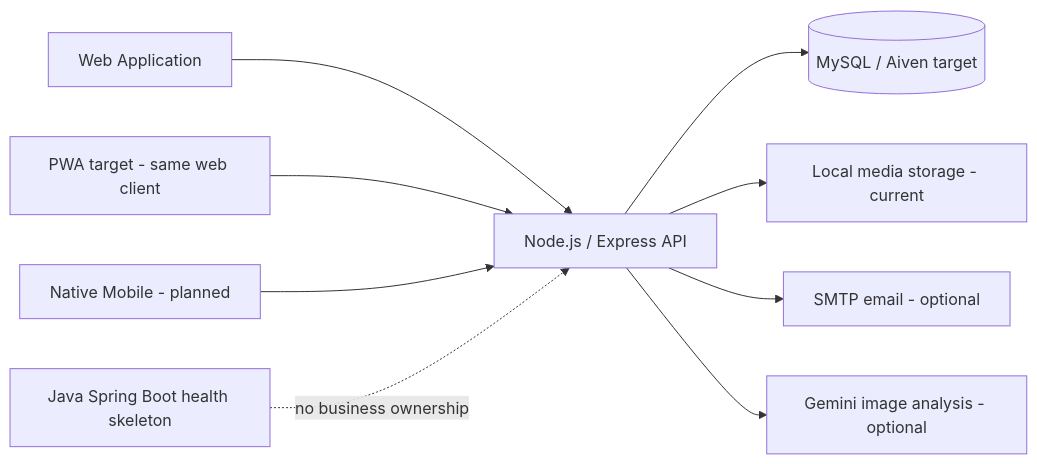
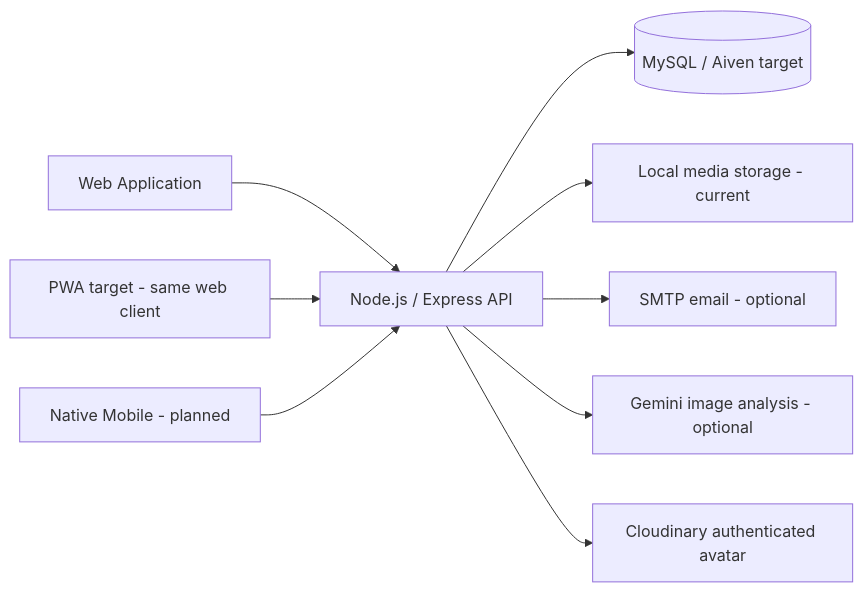
One commit to LNFSYS/lost-and-found-management-system-main changed the diagram in docs/project-overview.md. Above: the diagram before and after it, drawn with Mermaid. The commit also changed other lines of this file and 291 other files, not shown here.

Commit message:
refactor(api): adopt modular clean architecture

```diff
--- a/docs/project-overview.md
+++ b/docs/project-overview.md
@@ -87,11 +87,11 @@
 ~~~mermaid
 flowchart LR
   Web[Web Application] --> API[Node.js / Express API]
   PWA[PWA target - same web client] --> API
   Mobile[Native Mobile - planned] --> API
   API --> DB[(MySQL / Aiven target)]
   API --> Media[Local media storage - current]
   API --> SMTP[SMTP email - optional]
   API --> Gemini[Gemini image analysis - optional]
-  Java[Java Spring Boot health skeleton] -. no business ownership .-> API
+  API --> Avatar[Cloudinary authenticated avatar]
 ~~~
```
